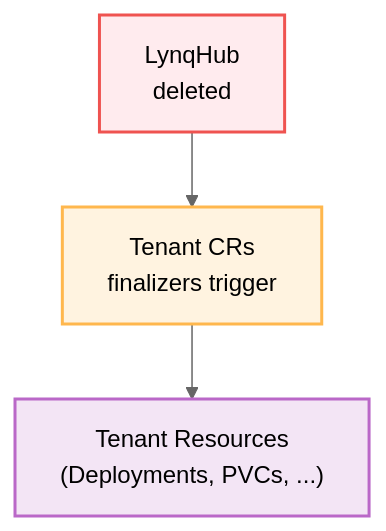
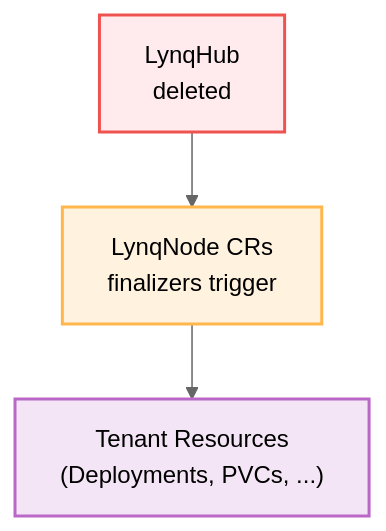
The second of 2 diagrams in docs/policies.md (kubernetes-tenants/tenant-operator), drawn with Mermaid (neutral theme) before and after one commit. The commit also changed other lines of this file and 20 other files, not shown here.

Commit message:
Update documentation to use LynqNode instead of Tenant

````diff
--- a/docs/policies.md
+++ b/docs/policies.md
@@ -260,8 +260,8 @@
 ```mermaid
 flowchart TB
-    Registry[LynqHub<br/>deleted] --> Tenants[Tenant CRs<br/>finalizers trigger]
+    Registry[LynqHub<br/>deleted] --> Tenants[LynqNode CRs<br/>finalizers trigger]
     Tenants --> Resources["Tenant Resources<br/>(Deployments, PVCs, ...)"]
     style Registry fill:#ffebee,stroke:#ef5350,stroke-width:2px;
     style Tenants fill:#fff3e0,stroke:#ffb74d,stroke-width:2px;
     style Resources fill:#f3e5f5,stroke:#ba68c8,stroke-width:2px;
 ```
````
